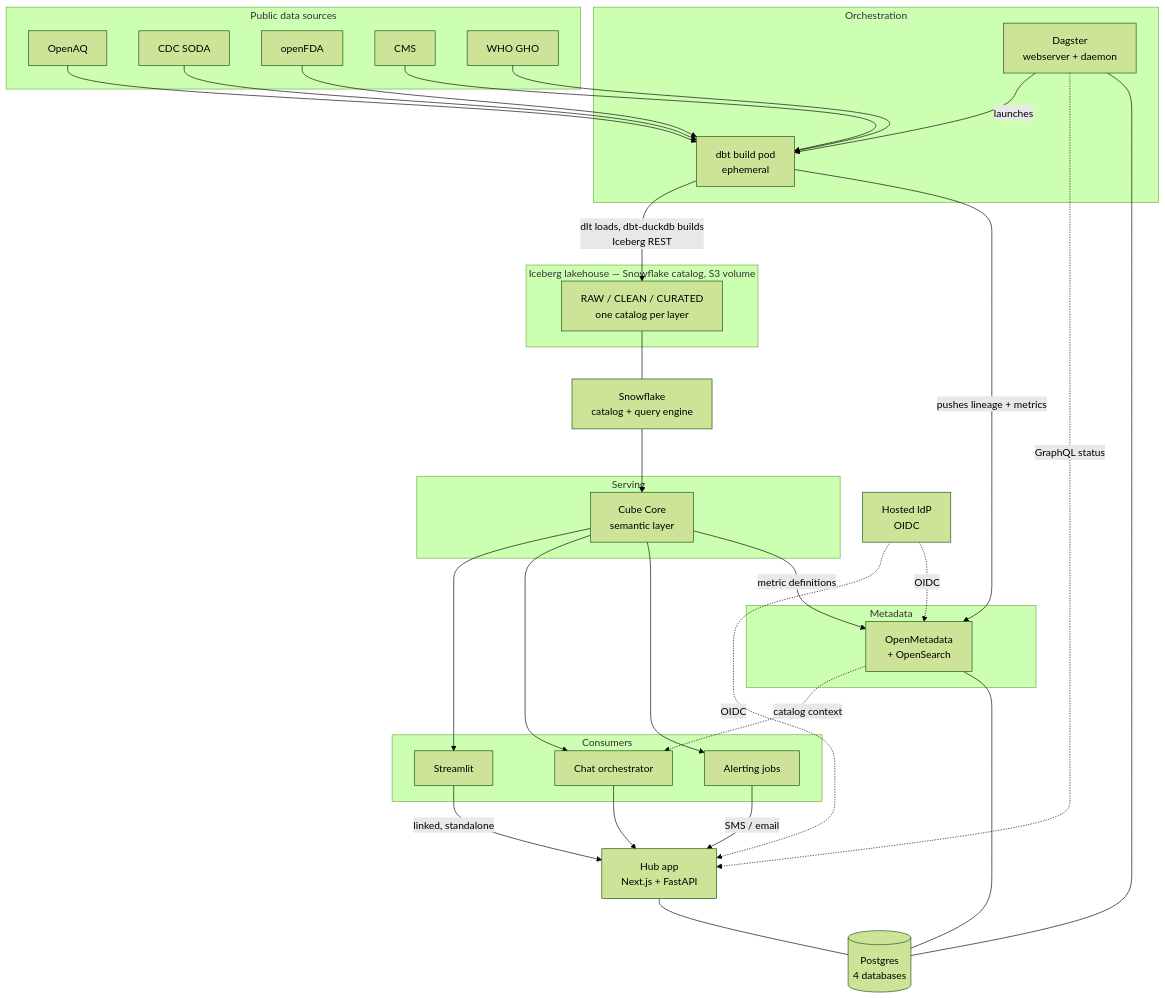
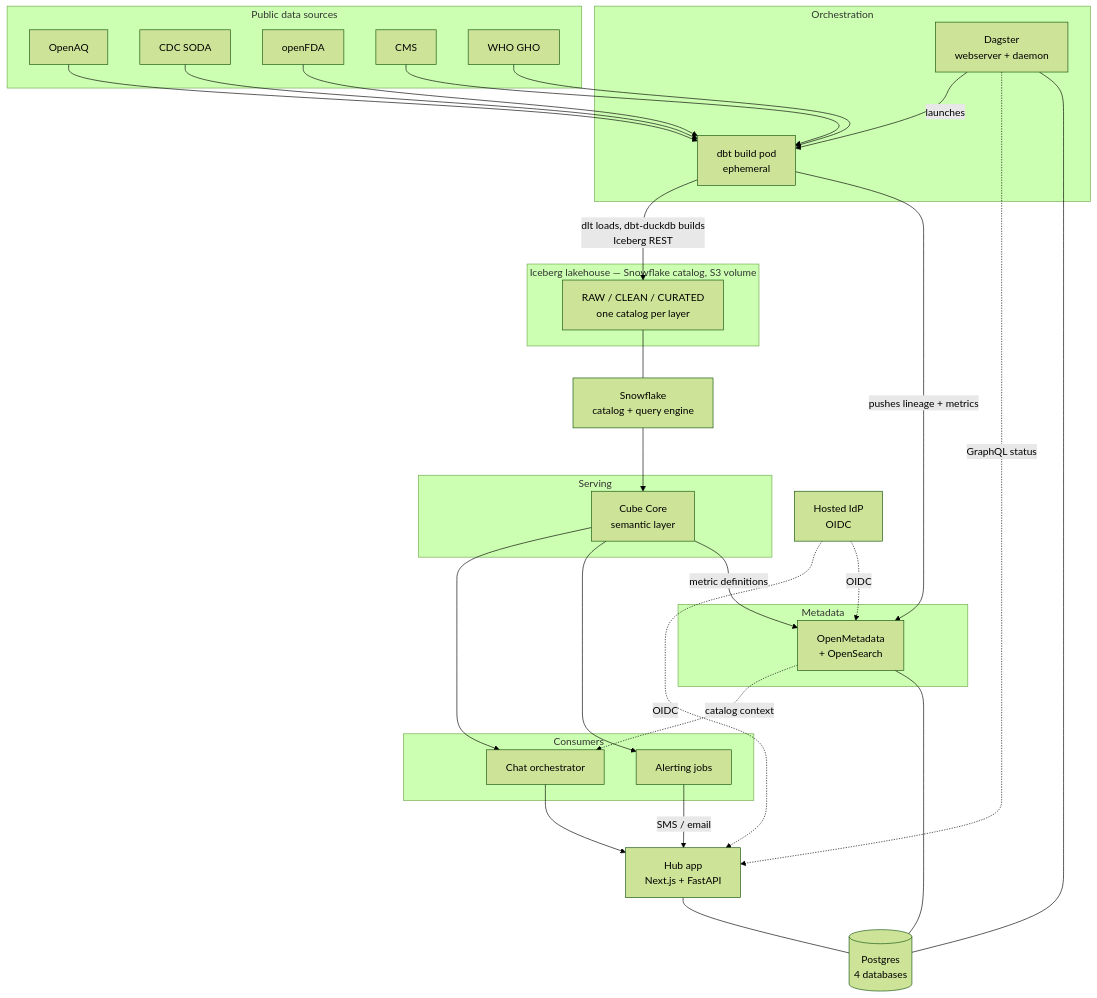
Before and after one commit to kgmcquate/open-health-data-platform: the first of 3 diagrams in docs/ARCHITECTURE.md, drawn with Mermaid (forest theme). The commit also changed other lines of this file and 49 other files, not shown here.

````diff
--- a/docs/ARCHITECTURE.md
+++ b/docs/ARCHITECTURE.md
@@ -35,60 +35,57 @@
 ```mermaid
 flowchart TB
     subgraph external["Public data sources"]
         S1["OpenAQ"]
         S2["CDC SODA"]
         S3["openFDA"]
         S4["CMS"]
         S5["WHO GHO"]
     end
 
     subgraph orchestration["Orchestration"]
         DAG["Dagster<br/>webserver + daemon"]
         BUILD["dbt build pod<br/>ephemeral"]
     end
 
     subgraph storage["Iceberg lakehouse — Snowflake catalog, S3 volume"]
         LAKE["RAW / CLEAN / CURATED<br/>one catalog per layer"]
     end
 
     subgraph serving["Serving"]
         CUBE["Cube Core<br/>semantic layer"]
     end
 
     subgraph consumers["Consumers"]
-        DASH["Streamlit"]
         BOT["Chat orchestrator"]
         ALERT["Alerting jobs"]
     end
 
     subgraph meta["Metadata"]
         OM["OpenMetadata<br/>+ OpenSearch"]
     end
 
     APP["Hub app<br/>Next.js + FastAPI"]
     IDP["Hosted IdP<br/>OIDC"]
     PG[("Postgres<br/>4 databases")]
 
     SNOW["Snowflake<br/>catalog + query engine"]
 
     S1 & S2 & S3 & S4 & S5 --> BUILD
     DAG -->|launches| BUILD
     BUILD -->|dlt loads, dbt-duckdb builds<br/>Iceberg REST| LAKE
     LAKE --- SNOW
     SNOW --> CUBE
-    CUBE --> DASH
     CUBE --> BOT
     CUBE --> ALERT
     ALERT -->|SMS / email| APP
     BOT --> APP
-    DASH -->|linked, standalone| APP
     DAG -.->|GraphQL status| APP
     OM -.->|catalog context| BOT
     BUILD -->|pushes lineage + metrics| OM
     CUBE -->|metric definitions| OM
     IDP -.->|OIDC| APP
     IDP -.->|OIDC| OM
     DAG --- PG
     OM --- PG
     APP --- PG
 ```
````
